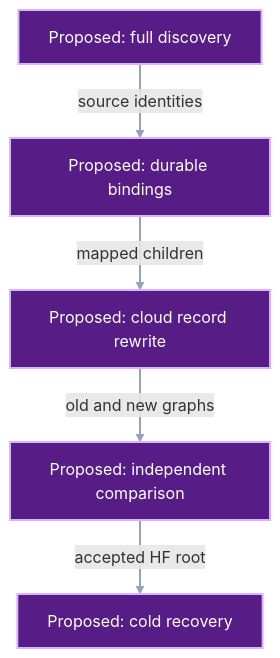
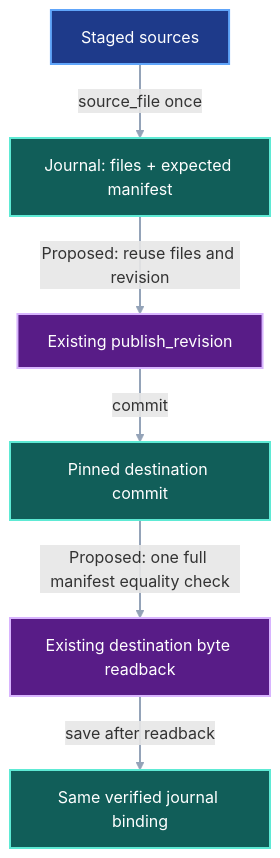
One commit to pvd232/viper changed the second of 3 diagrams in contracts/run-graph-republication.md. Above: the diagram before and after it, drawn with Mermaid. The commit also changed other lines of this file and 26 other files, not shown here.

Commit message:
Record completed migration and plan publication work reuse

````diff
--- a/contracts/run-graph-republication.md
+++ b/contracts/run-graph-republication.md
@@ -294,10 +593,13 @@
 ```mermaid
-flowchart TB
-  D["Proposed: full discovery"] -->|"source identities"| J["Proposed: durable bindings"]
-  J -->|"mapped children"| W["Proposed: cloud record rewrite"]
-  W -->|"old and new graphs"| C["Proposed: independent comparison"]
-  C -->|"accepted HF root"| T["Proposed: cold recovery"]
-  classDef proposed fill:#581c87,stroke:#d8b4fe,color:#ffffff,stroke-width:2px
-  class D,J,W,C,T proposed
-  linkStyle default stroke:#94a3b8,stroke-width:2px
+flowchart TD
+    A["Staged sources"]:::current -->|"source_file once"| B["Journal: files + expected manifest"]:::implementation
+    B -->|"Proposed: reuse files and revision"| C["Existing publish_revision"]:::proposed
+    C -->|"commit"| D["Pinned destination commit"]:::implementation
+    D -->|"Proposed: one full manifest equality check"| E["Existing destination byte readback"]:::proposed
+    E -->|"save after readback"| F["Same verified journal binding"]:::implementation
+    classDef current fill:#1e3a8a,stroke:#60a5fa,color:#ffffff,stroke-width:2px
+    classDef implementation fill:#115e59,stroke:#5eead4,color:#ffffff,stroke-width:2px
+    classDef gap fill:#7f1d1d,stroke:#fca5a5,color:#ffffff,stroke-width:2px
+    classDef proposed fill:#581c87,stroke:#d8b4fe,color:#ffffff,stroke-width:2px
+    linkStyle default stroke:#94a3b8,stroke-width:2px
 ```
````
